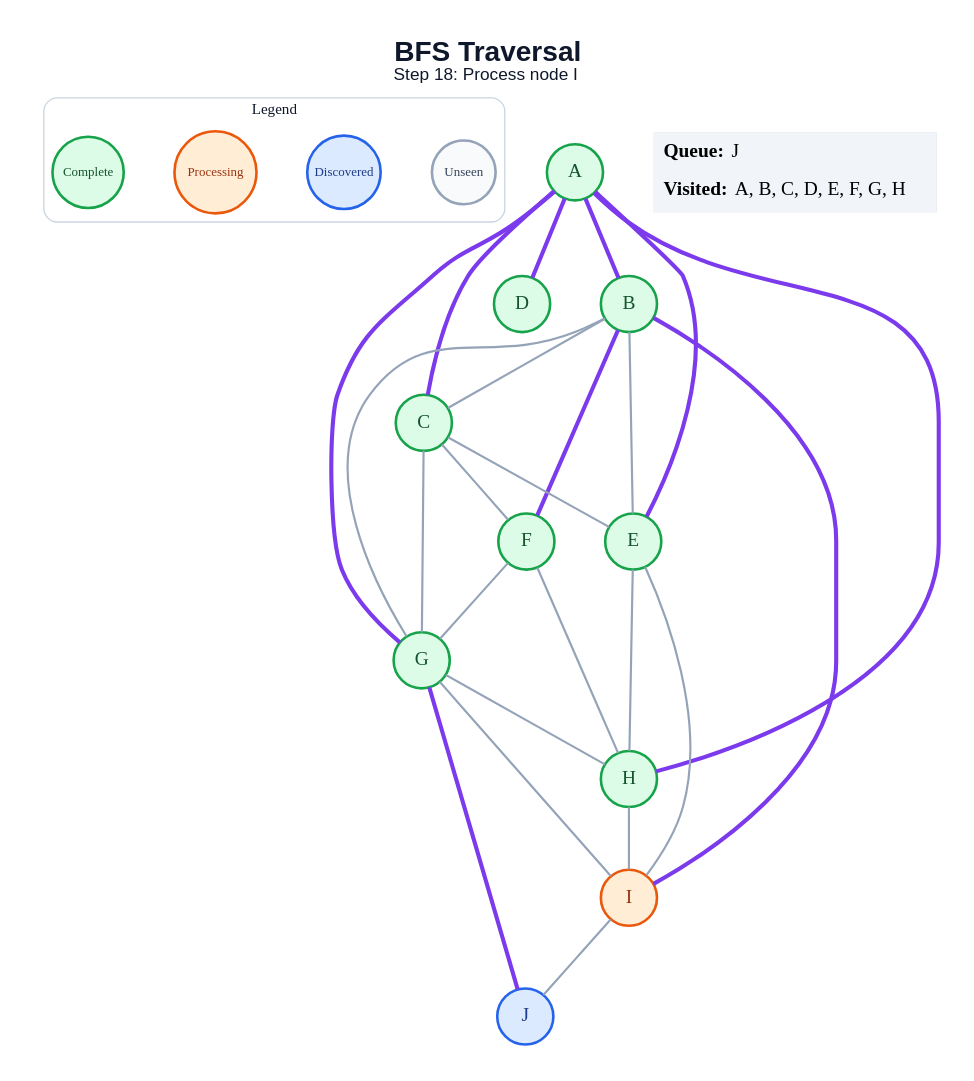
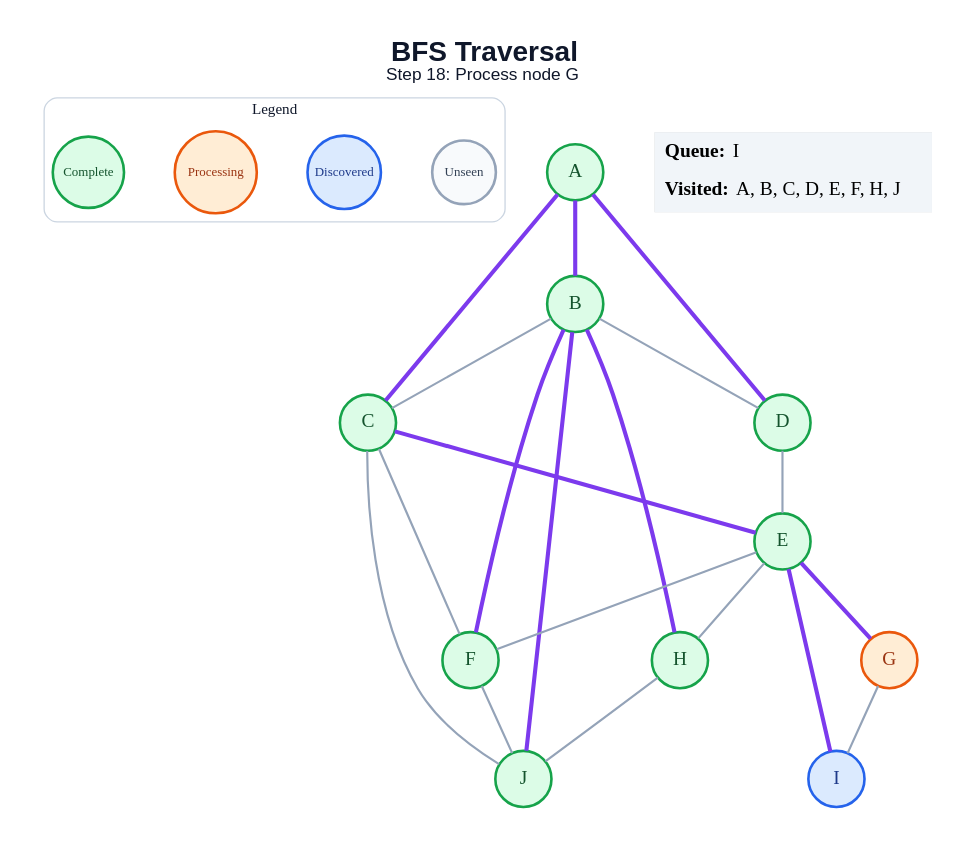
Before and after one commit to amanghodawala9/ai-slop: the diagram in generated/bfs/step_18.dot, drawn with Graphviz. The commit also changed 178 other files, not shown here.

```diff
--- a/generated/bfs/step_18.dot
+++ b/generated/bfs/step_18.dot
@@ -1,52 +1,48 @@
 graph traversal {
   graph [layout=dot, rankdir=TB, bgcolor="#FFFFFF", pad="0.35", nodesep="0.65", ranksep="0.8", fontname="Arial"];
   node [shape=circle, style="filled", fontname="Arial Bold", fontsize=18, width=0.72, fixedsize=true, penwidth=2.4];
   edge [color="#94A3B8", penwidth=2.0];
-  label=<<B>BFS Traversal</B><BR/><FONT POINT-SIZE="16">Step 18: Process node I</FONT>>; labelloc="t"; fontsize=26; fontname="Arial"; fontcolor="#0F172A";
+  label=<<B>BFS Traversal</B><BR/><FONT POINT-SIZE="16">Step 18: Process node G</FONT>>; labelloc="t"; fontsize=26; fontname="Arial"; fontcolor="#0F172A";
   subgraph cluster_legend { label="Legend"; color="#CBD5E1"; penwidth=1.2; style="rounded"; fontsize=14; fontname="Arial Bold";
     key_unseen [label="Unseen", fillcolor="#F8FAFC", color="#94A3B8", fontcolor="#334155", fontsize=12, width=0.82];
     key_frontier [label="Discovered", fillcolor="#DBEAFE", color="#2563EB", fontcolor="#1E3A8A", fontsize=12, width=0.95];
     key_current [label="Processing", fillcolor="#FFEDD5", color="#EA580C", fontcolor="#9A3412", fontsize=12, width=1.05];
     key_done [label="Complete", fillcolor="#DCFCE7", color="#16A34A", fontcolor="#14532D", fontsize=12, width=0.92];
     { rank=same; key_unseen; key_frontier; key_current; key_done; }
   }
   A [fillcolor="#DCFCE7", color="#16A34A", fontcolor="#14532D"];
   B [fillcolor="#DCFCE7", color="#16A34A", fontcolor="#14532D"];
   C [fillcolor="#DCFCE7", color="#16A34A", fontcolor="#14532D"];
   D [fillcolor="#DCFCE7", color="#16A34A", fontcolor="#14532D"];
   E [fillcolor="#DCFCE7", color="#16A34A", fontcolor="#14532D"];
   F [fillcolor="#DCFCE7", color="#16A34A", fontcolor="#14532D"];
-  G [fillcolor="#DCFCE7", color="#16A34A", fontcolor="#14532D"];
+  G [fillcolor="#FFEDD5", color="#EA580C", fontcolor="#9A3412"];
   H [fillcolor="#DCFCE7", color="#16A34A", fontcolor="#14532D"];
-  I [fillcolor="#FFEDD5", color="#EA580C", fontcolor="#9A3412"];
-  J [fillcolor="#DBEAFE", color="#2563EB", fontcolor="#1E3A8A"];
+  I [fillcolor="#DBEAFE", color="#2563EB", fontcolor="#1E3A8A"];
+  J [fillcolor="#DCFCE7", color="#16A34A", fontcolor="#14532D"];
   A -- B [color="#7C3AED", penwidth=3.8];
   A -- C [color="#7C3AED", penwidth=3.8];
   A -- D [color="#7C3AED", penwidth=3.8];
-  A -- E [color="#7C3AED", penwidth=3.8];
-  A -- G [color="#7C3AED", penwidth=3.8];
-  A -- H [color="#7C3AED", penwidth=3.8];
   B -- C;
-  B -- E;
+  B -- D;
   B -- F [color="#7C3AED", penwidth=3.8];
-  B -- G;
-  B -- I [color="#7C3AED", penwidth=3.8];
-  C -- E;
+  B -- H [color="#7C3AED", penwidth=3.8];
+  B -- J [color="#7C3AED", penwidth=3.8];
+  C -- E [color="#7C3AED", penwidth=3.8];
   C -- F;
-  C -- G;
+  C -- J;
+  D -- E;
+  E -- F;
+  E -- G [color="#7C3AED", penwidth=3.8];
   E -- H;
-  E -- I;
-  F -- G;
-  F -- H;
-  G -- H;
+  E -- I [color="#7C3AED", penwidth=3.8];
+  F -- J;
   G -- I;
-  G -- J [color="#7C3AED", penwidth=3.8];
-  H -- I;
-  I -- J;
+  H -- J;
   status [shape=plain, fixedsize=false, width=0, height=0, margin=0, label=<
     <TABLE BORDER="0" CELLBORDER="0" CELLPADDING="7" BGCOLOR="#F1F5F9">
-      <TR><TD ALIGN="LEFT"><B>Queue:</B> J</TD></TR>
-      <TR><TD ALIGN="LEFT"><B>Visited:</B> A, B, C, D, E, F, G, H</TD></TR>
+      <TR><TD ALIGN="LEFT"><B>Queue:</B> I</TD></TR>
+      <TR><TD ALIGN="LEFT"><B>Visited:</B> A, B, C, D, E, F, H, J</TD></TR>
     </TABLE>
   >];
 }
```
